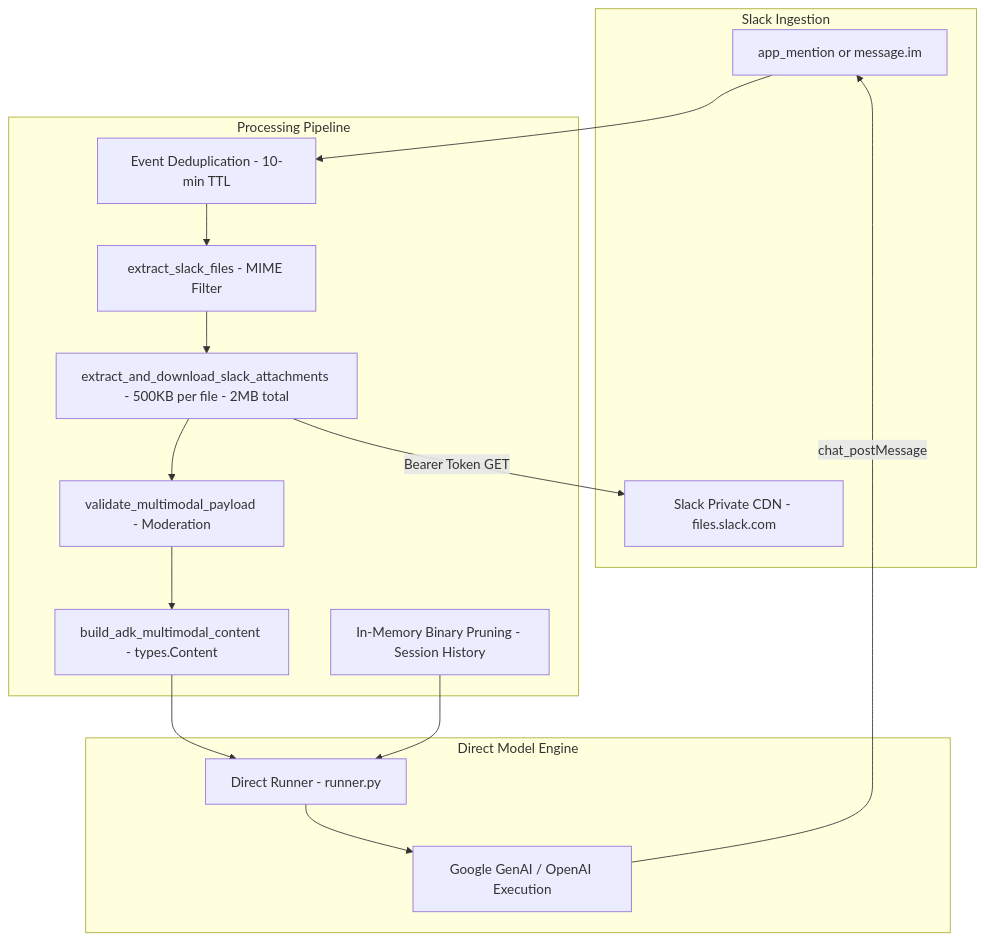
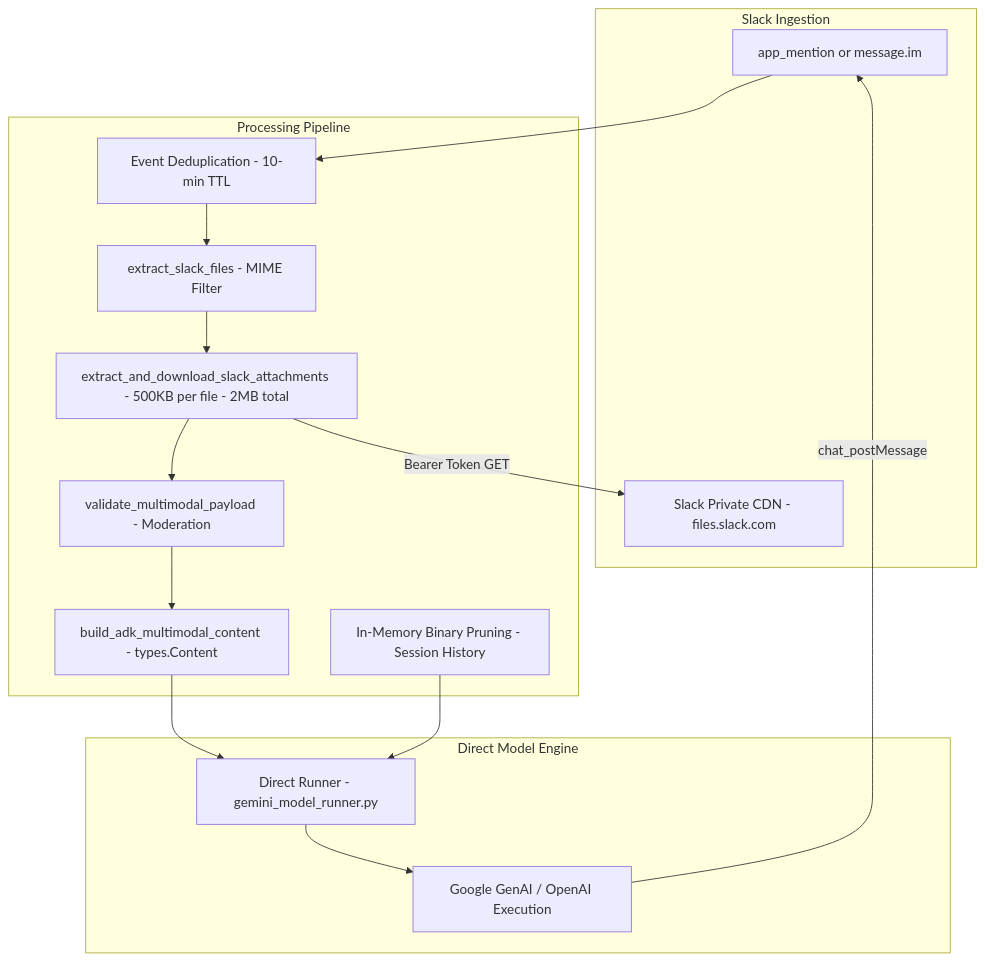
One commit to AmritSDutta/Aryhant changed the first of 2 diagrams in docs/multimodal.mdx. Above: the diagram before and after it, drawn with Mermaid. The commit also changed other lines of this file and 3 other files, not shown here.

````diff
--- a/docs/multimodal.mdx
+++ b/docs/multimodal.mdx
@@ -12,29 +12,29 @@
 ```mermaid
 flowchart TD
   subgraph Slack["Slack Ingestion"]
     Event["app_mention or message.im"]
     CDN["Slack Private CDN - files.slack.com"]
   end
   subgraph Bridge["Processing Pipeline"]
     Dedup["Event Deduplication - 10-min TTL"]
     Extract["extract_slack_files - MIME Filter"]
     Download["extract_and_download_slack_attachments - 500KB per file - 2MB total"]
     Validate["validate_multimodal_payload - Moderation"]
     Build["build_adk_multimodal_content - types.Content"]
     Pruning["In-Memory Binary Pruning - Session History"]
   end
   subgraph AgentLayer["Direct Model Engine"]
-    Runner["Direct Runner - runner.py"]
+    Runner["Direct Runner - gemini_model_runner.py"]
     GenAI["Google GenAI / OpenAI Execution"]
   end
   Event --> Dedup
   Dedup --> Extract
   Extract --> Download
   Download -->|Bearer Token GET| CDN
   Download --> Validate
   Validate --> Build
   Build --> Runner
   Pruning --> Runner
   Runner --> GenAI
   GenAI -->|chat_postMessage| Event
 ```
````
